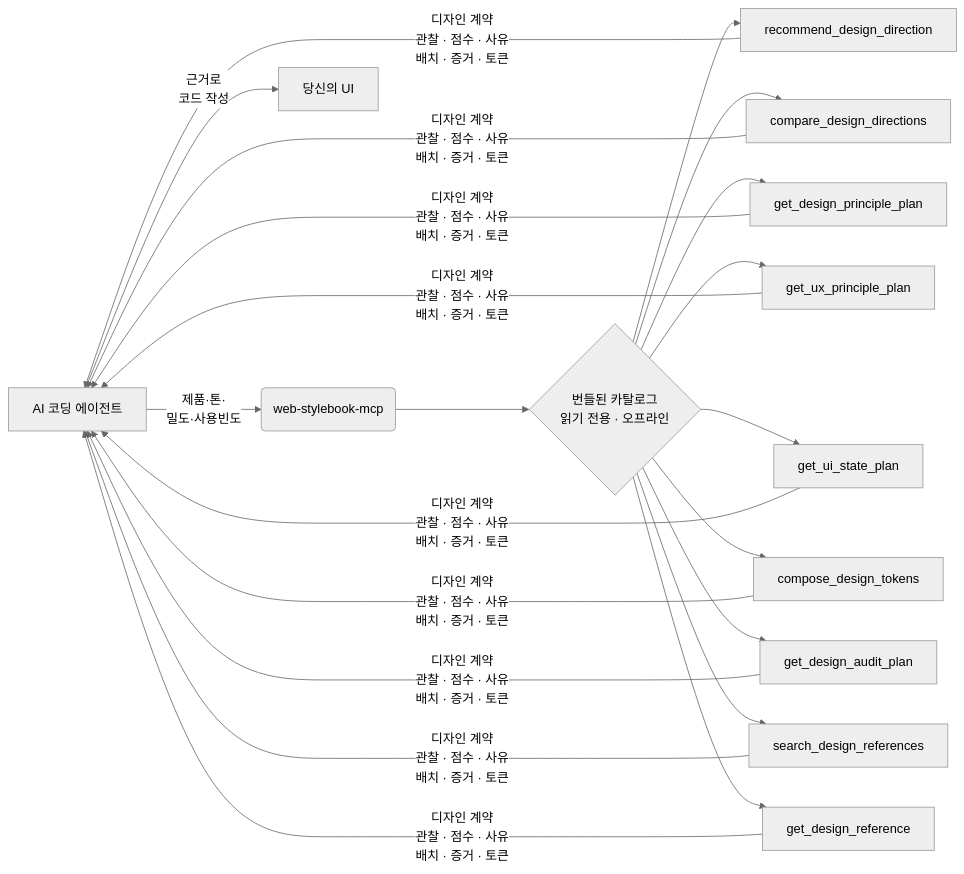
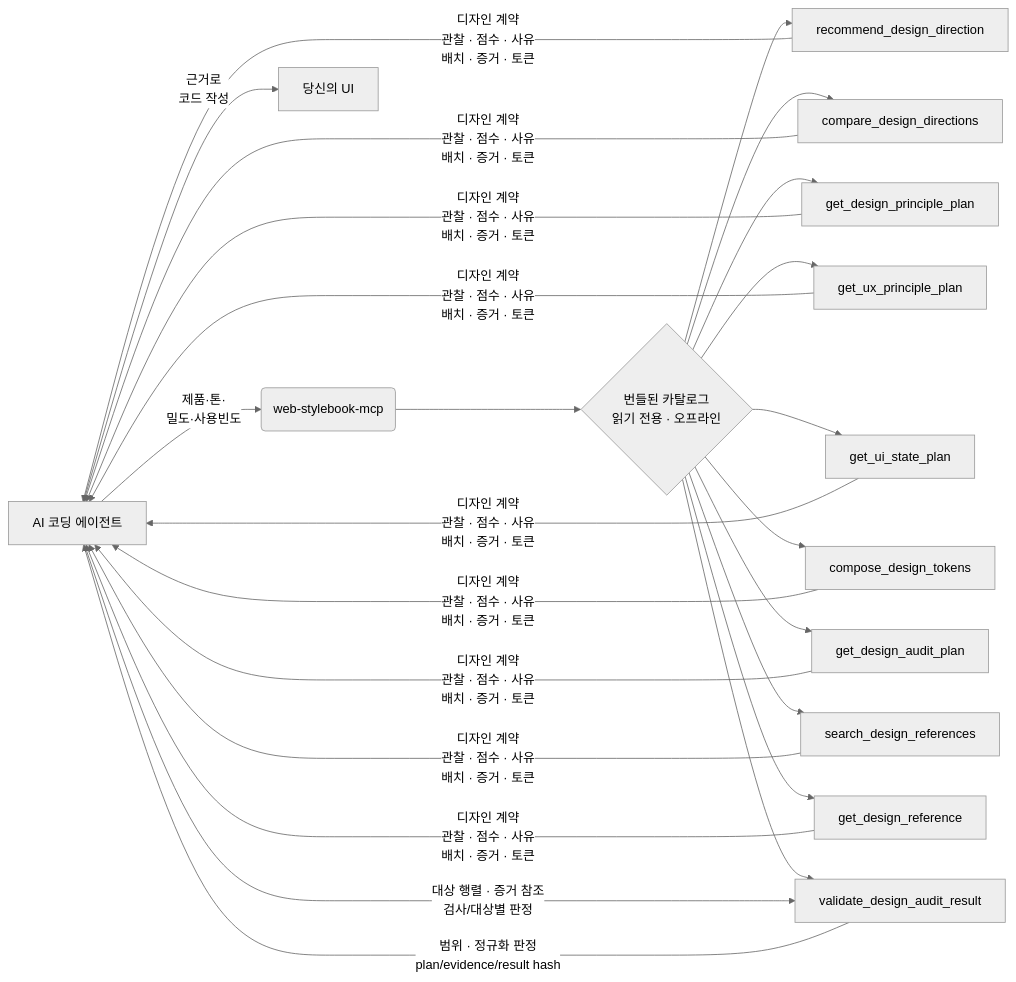
Before and after one commit to seungdori/web-stylebook-mcp: the diagram in README.ko.md, drawn with Mermaid (neutral theme). The commit also changed other lines of this file and 19 other files, not shown here.

Commit message:
feat: validate evidence-backed audit results

````diff
--- a/README.ko.md
+++ b/README.ko.md
@@ -111,16 +111,19 @@
 ```mermaid
 flowchart LR
     A[AI 코딩 에이전트] -->|제품·톤·<br/>밀도·사용빈도| B(web-stylebook-mcp)
     B --> C{번들된 카탈로그<br/>읽기 전용 · 오프라인}
     C --> D[recommend_design_direction]
     C --> E[compare_design_directions]
     C --> F[get_design_principle_plan]
     C --> G[get_ux_principle_plan]
     C --> H[get_ui_state_plan]
     C --> I[compose_design_tokens]
     C --> J[get_design_audit_plan]
     C --> K[search_design_references]
     C --> L[get_design_reference]
+    C --> M[validate_design_audit_result]
     D & E & F & G & H & I & J & K & L -->|디자인 계약<br/>관찰 · 점수 · 사유<br/>배치 · 증거 · 토큰| A
+    A -->|대상 행렬 · 증거 참조<br/>검사/대상별 판정| M
+    M -->|범위 · 정규화 판정<br/>plan/evidence/result hash| A
     A -->|근거로<br/>코드 작성| Z[당신의 UI]
 ```
````
